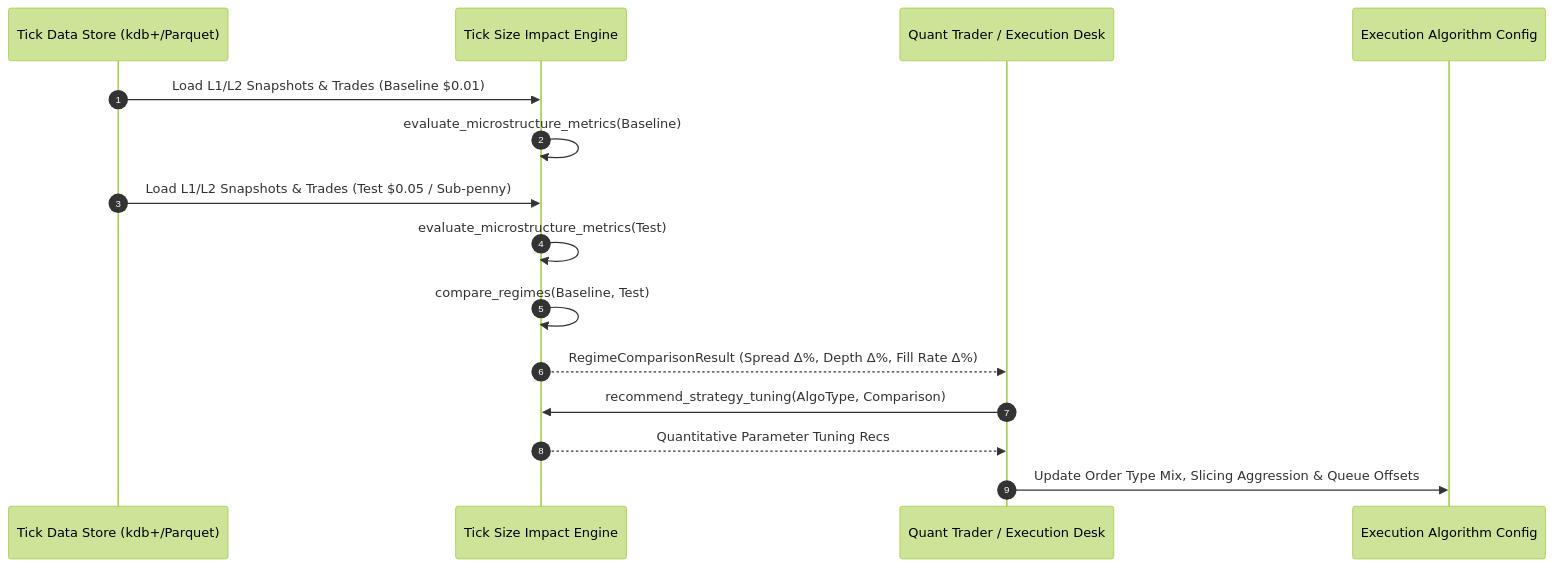
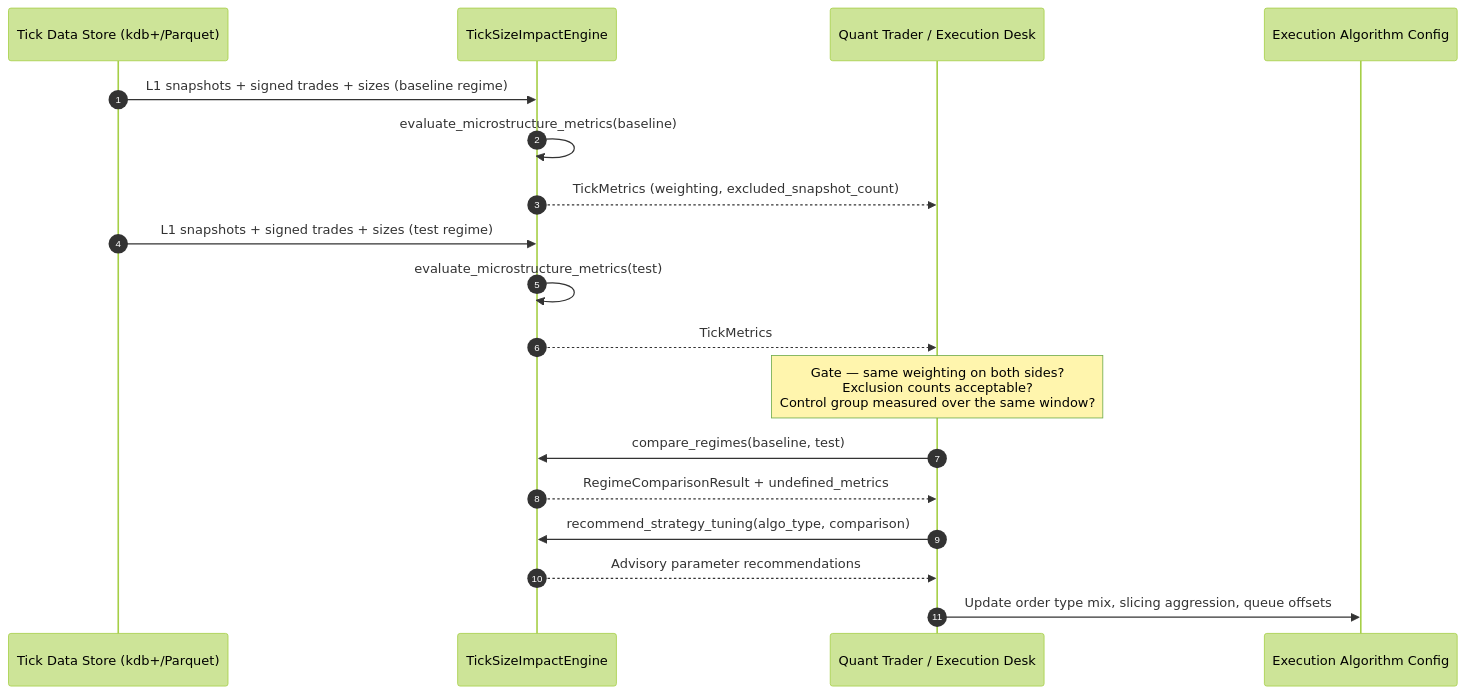
The first of 2 diagrams in skills/tick-size-pilot-program-impact-assessment/references/workflows.md (HimanshuJ16/Algo-Trading-Skills), drawn with Mermaid (forest theme) before and after one commit. The commit also changed other lines of this file and 443 other files, not shown here.

````diff
--- a/skills/tick-size-pilot-program-impact-assessment/references/workflows.md
+++ b/skills/tick-size-pilot-program-impact-assessment/references/workflows.md
@@ -4,22 +5,26 @@
 ```mermaid
 sequenceDiagram
     autonumber
     participant Data as Tick Data Store (kdb+/Parquet)
-    participant Engine as Tick Size Impact Engine
+    participant Engine as TickSizeImpactEngine
     participant Quant as Quant Trader / Execution Desk
     participant Algo as Execution Algorithm Config
 
-    Data->>Engine: Load L1/L2 Snapshots & Trades (Baseline $0.01)
-    Engine->>Engine: evaluate_microstructure_metrics(Baseline)
-    
-    Data->>Engine: Load L1/L2 Snapshots & Trades (Test $0.05 / Sub-penny)
-    Engine->>Engine: evaluate_microstructure_metrics(Test)
+    Data->>Engine: L1 snapshots + signed trades + sizes (baseline regime)
+    Engine->>Engine: evaluate_microstructure_metrics(baseline)
+    Engine-->>Quant: TickMetrics (weighting, excluded_snapshot_count)
 
-    Engine->>Engine: compare_regimes(Baseline, Test)
-    Engine-->>Quant: RegimeComparisonResult (Spread Δ%, Depth Δ%, Fill Rate Δ%)
+    Data->>Engine: L1 snapshots + signed trades + sizes (test regime)
+    Engine->>Engine: evaluate_microstructure_metrics(test)
+    Engine-->>Quant: TickMetrics
 
-    Quant->>Engine: recommend_strategy_tuning(AlgoType, Comparison)
-    Engine-->>Quant: Quantitative Parameter Tuning Recs
+    Note over Quant: Gate — same weighting on both sides?<br/>Exclusion counts acceptable?<br/>Control group measured over the same window?
 
-    Quant->>Algo: Update Order Type Mix, Slicing Aggression & Queue Offsets
+    Quant->>Engine: compare_regimes(baseline, test)
+    Engine-->>Quant: RegimeComparisonResult + undefined_metrics
+
+    Quant->>Engine: recommend_strategy_tuning(algo_type, comparison)
+    Engine-->>Quant: Advisory parameter recommendations
+
+    Quant->>Algo: Update order type mix, slicing aggression, queue offsets
 ```
````
